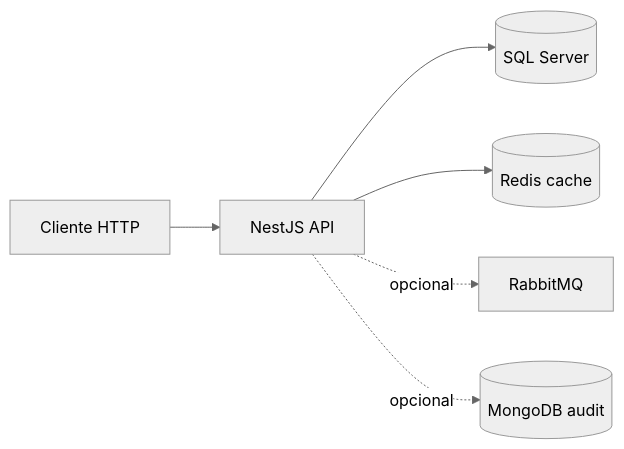
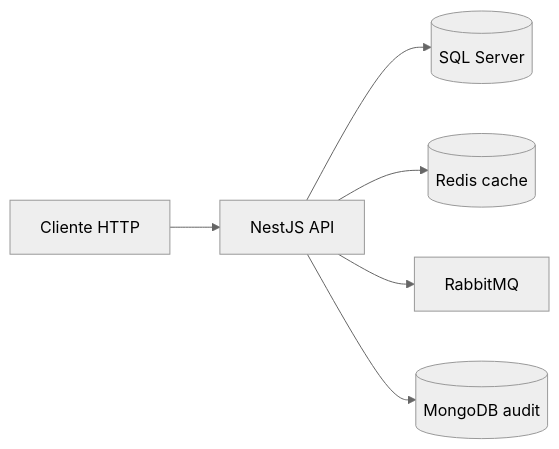
The second of 2 diagrams in README.md (NatanaelSignorini/aivacol-api-test), drawn with Mermaid (neutral theme) before and after one commit. The commit also changed other lines of this file and 2 other files, not shown here.

First line of the commit message:
chore(api-client): remove Postman and Insomnia collections

````diff
--- a/README.md
+++ b/README.md
@@ -73,8 +73,8 @@
 ```mermaid
 flowchart LR
   Client[Cliente HTTP] --> API[NestJS API]
   API --> SQL[(SQL Server)]
   API --> Redis[(Redis cache)]
-  API -.->|opcional| RMQ[RabbitMQ]
-  API -.->|opcional| Mongo[(MongoDB audit)]
+  API --> RMQ[RabbitMQ]
+  API --> Mongo[(MongoDB audit)]
 ```
````
